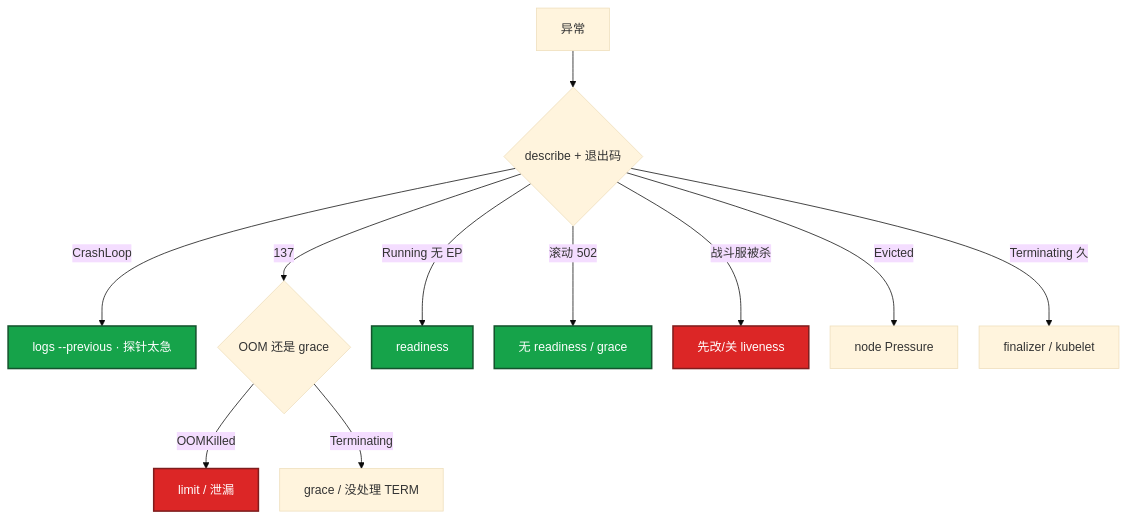
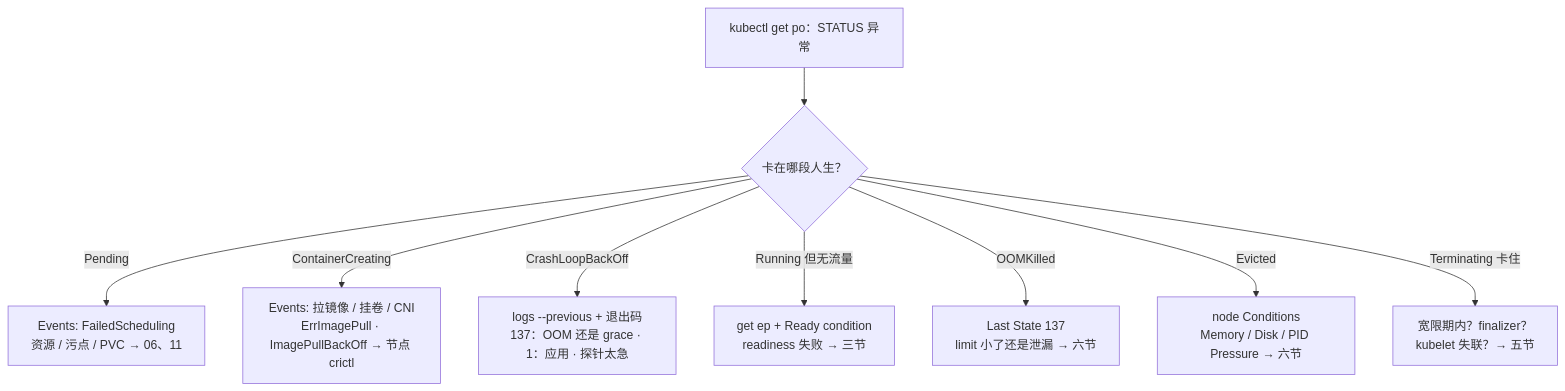
The seventh of 7 diagrams in 03-Kubernetes/04-Pod生命周期/知识点.md (ml-cuizijun/LearnToLilith), drawn with Mermaid before and after one commit. The commit also changed other lines of this file and 470 other files, not shown here.

````diff
--- a/03-Kubernetes/04-Pod生命周期/知识点.md
+++ b/03-Kubernetes/04-Pod生命周期/知识点.md
@@ -534,19 +427,11 @@
 ```mermaid
-%%{init: {"flowchart": {"padding": 16, "nodeSpacing": 28, "rankSpacing": 48}, "theme": "base"}}%%
 flowchart TB
-    A[异常] --> B{describe + 退出码}
-    B -->|CrashLoop| C[logs --previous · 探针太急]
-    B -->|137| D{OOM 还是 grace}
-    D -->|OOMKilled| E[limit / 泄漏]
-    D -->|Terminating| F[grace / 没处理 TERM]
-    B -->|Running 无 EP| G[readiness]
-    B -->|滚动 502| H[无 readiness / grace]
-    B -->|战斗服被杀| I[先改/关 liveness]
-    B -->|Evicted| J[node Pressure]
-    B -->|Terminating 久| K[finalizer / kubelet]
-
-    classDef bad fill:#DC2626,stroke:#7F1D1D,stroke-width:2px,color:#fff
-    classDef ok fill:#16A34A,stroke:#14532D,stroke-width:2px,color:#fff
-    class I,E bad
-    class C,G,H ok
+    A["kubectl get po：STATUS 异常"] --> B{卡在哪段人生？}
+    B -->|Pending| P["Events: FailedScheduling<br/>资源 / 污点 / PVC → 06、11"]
+    B -->|ContainerCreating| C["Events: 拉镜像 / 挂卷 / CNI<br/>ErrImagePull · ImagePullBackOff → 节点 crictl"]
+    B -->|CrashLoopBackOff| L["logs --previous + 退出码<br/>137：OOM 还是 grace · 1：应用 · 探针太急"]
+    B -->|Running 但无流量| R["get ep + Ready condition<br/>readiness 失败 → 三节"]
+    B -->|OOMKilled| O["Last State 137<br/>limit 小了还是泄漏 → 六节"]
+    B -->|Evicted| E["node Conditions<br/>Memory / Disk / PID Pressure → 六节"]
+    B -->|Terminating 卡住| T["宽限期内？finalizer？<br/>kubelet 失联？→ 五节"]
 ```
````
